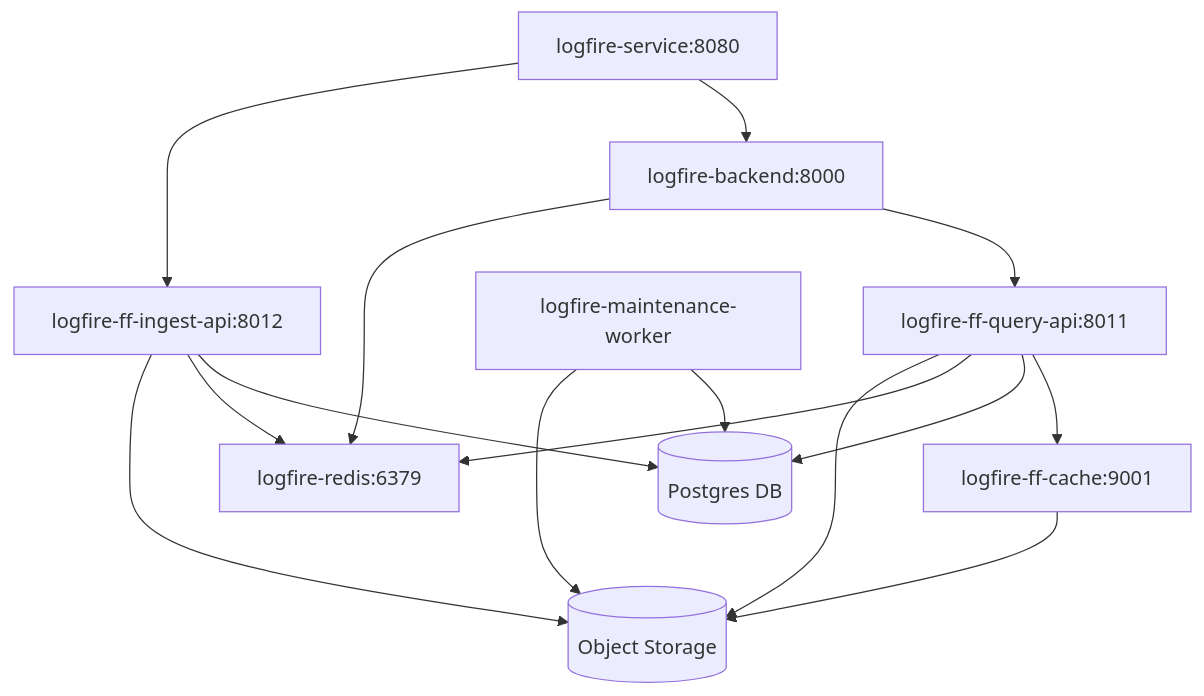
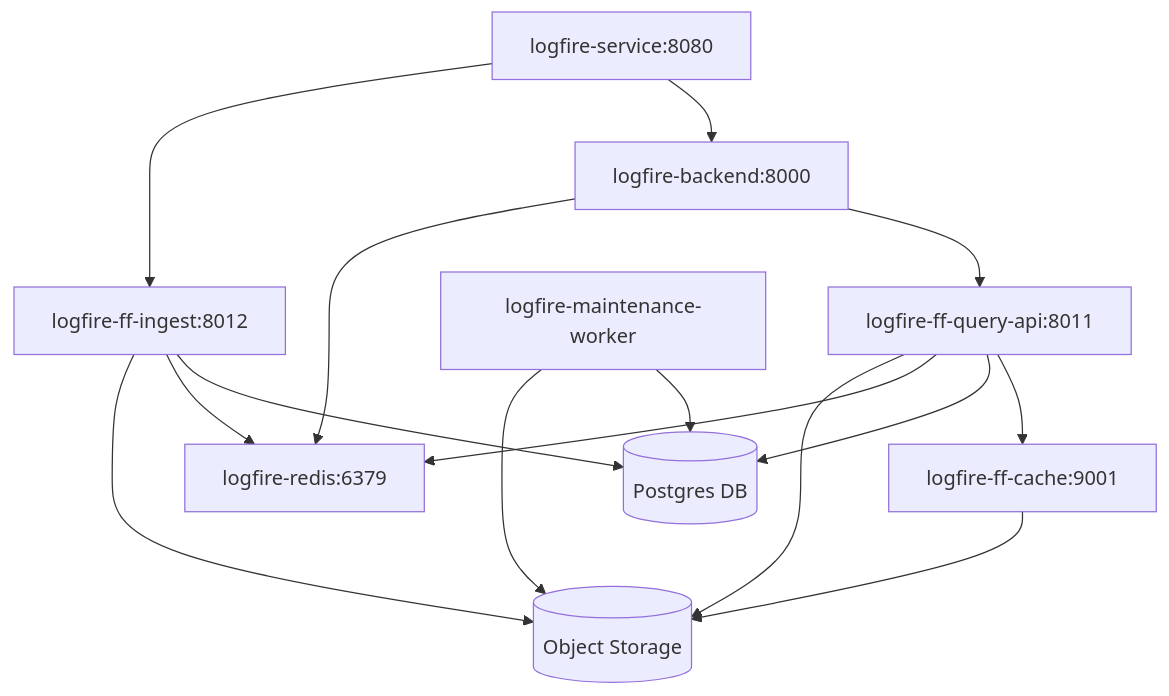
Before and after one commit to pydantic/logfire: the diagram in docs/self-hosted/architecture.md, drawn with Mermaid.

````diff
--- a/docs/self-hosted/architecture.md
+++ b/docs/self-hosted/architecture.md
@@ -7,39 +7,39 @@
 ```mermaid
 graph
     %% Entry point
     LS[logfire-service:8080]
 
     %% Core services
     LB[logfire-backend:8000]
     RD[logfire-redis:6379]
-    FIA[logfire-ff-ingest-api:8012]
+    FIA[logfire-ff-ingest:8012]
     FQA[logfire-ff-query-api:8011]
     FCC[logfire-ff-cache:9001]
     MW[logfire-maintenance-worker]
 
     OS[(Object Storage)]
     PG[(Postgres DB)]
 
     %% Connections from entry point
     LS --> LB
     LS --> FIA
 
     FQA --> FCC
     FQA --> PG
     FQA --> RD
     FQA --> OS
 
     LB --> FQA
     LB --> RD
 
     FIA --> PG
     FIA --> RD
     FIA --> OS
 
     FCC --> OS
 
     MW --> PG
     MW --> OS
 
 
 ```
````
